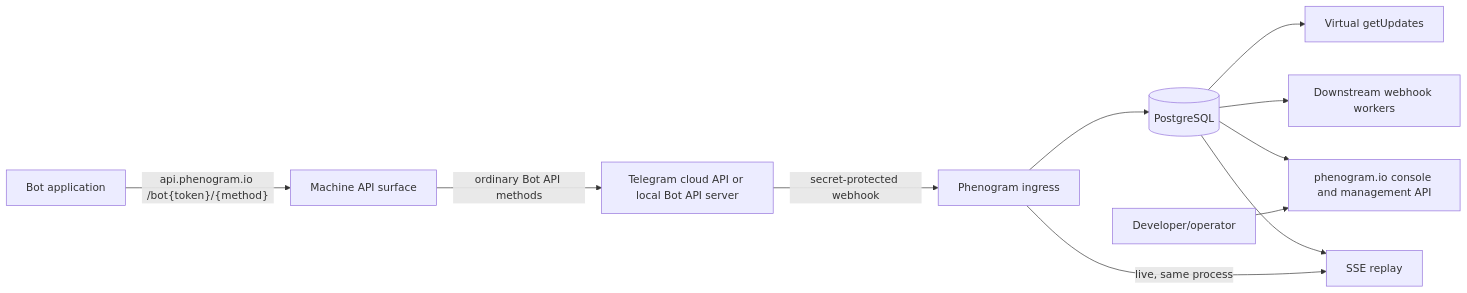
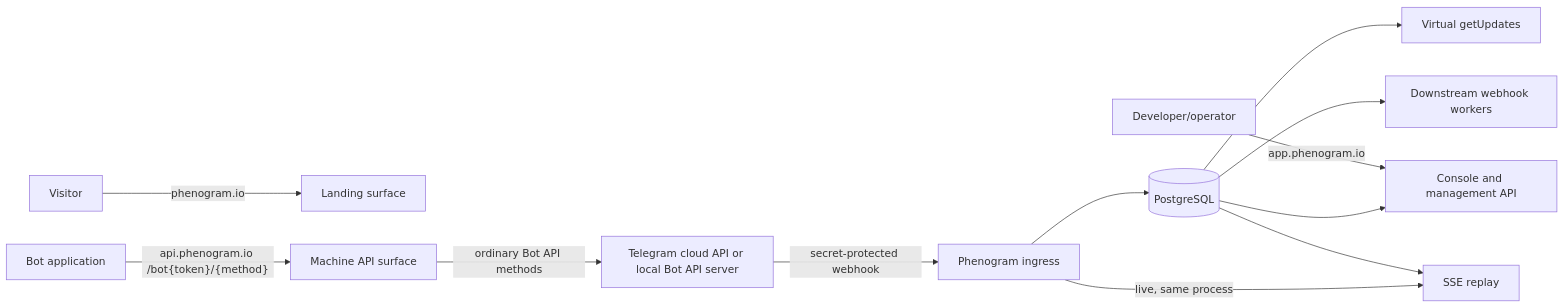
Before and after one commit to phenogram/platform: the diagram in README.md, drawn with Mermaid. The commit also changed other lines of this file and 17 other files, not shown here.

Commit message:
Separate landing page from application console

````diff
--- a/README.md
+++ b/README.md
@@ -22,13 +22,14 @@
 ```mermaid
 flowchart LR
+    L["Visitor"] -->|"phenogram.io"| M["Landing surface"]
+    O["Developer/operator"] -->|"app.phenogram.io"| V["Console and management API"]
     D["Bot application"] -->|"api.phenogram.io /bot{token}/{method}"| P["Machine API surface"]
     P -->|"ordinary Bot API methods"| T["Telegram cloud API or local Bot API server"]
     T -->|"secret-protected webhook"| I["Phenogram ingress"]
     I --> DB[("PostgreSQL")]
     DB --> G["Virtual getUpdates"]
     DB --> W["Downstream webhook workers"]
-    DB --> V["phenogram.io console and management API"]
+    DB --> V
     DB --> S["SSE replay"]
     I -->|"live, same process"| S
-    O["Developer/operator"] --> V
 ```
````
